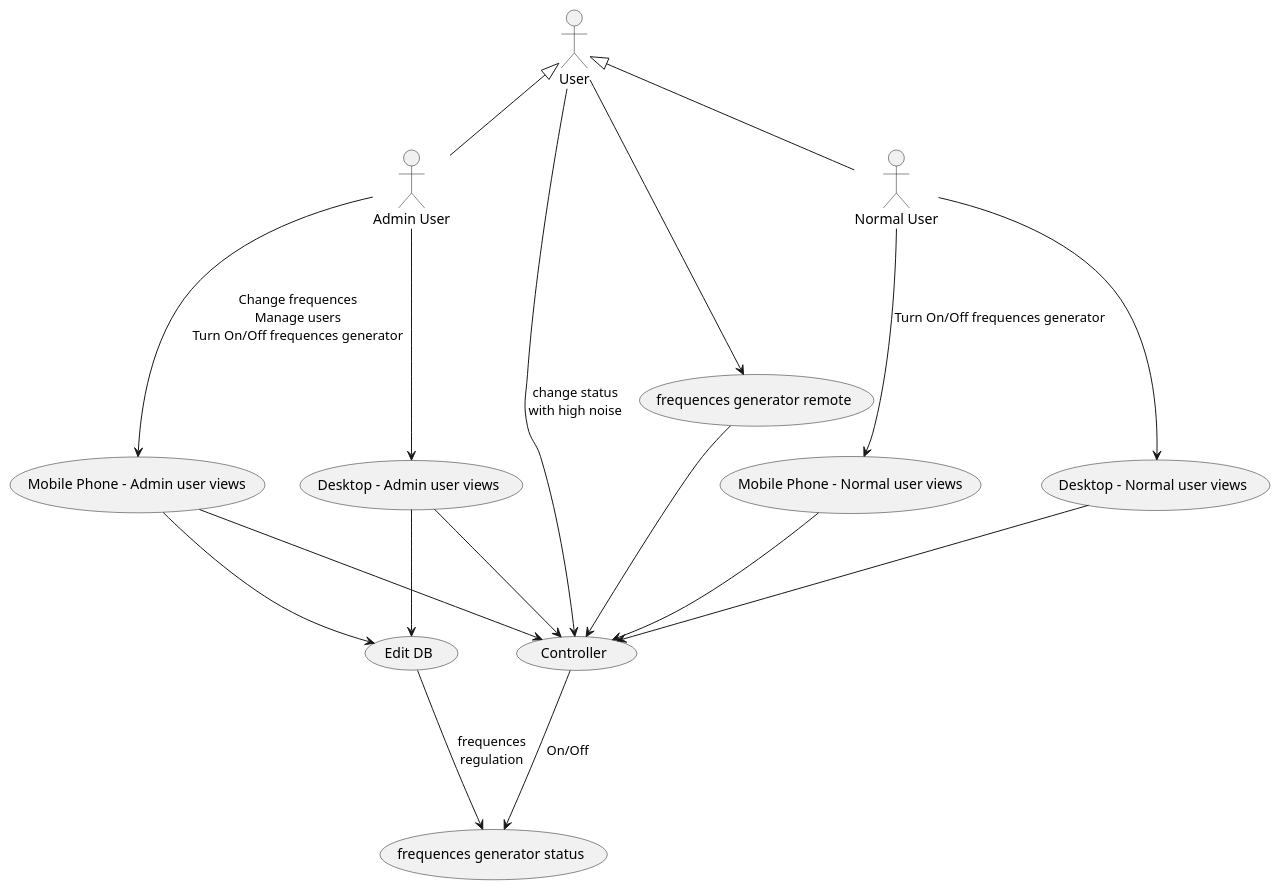
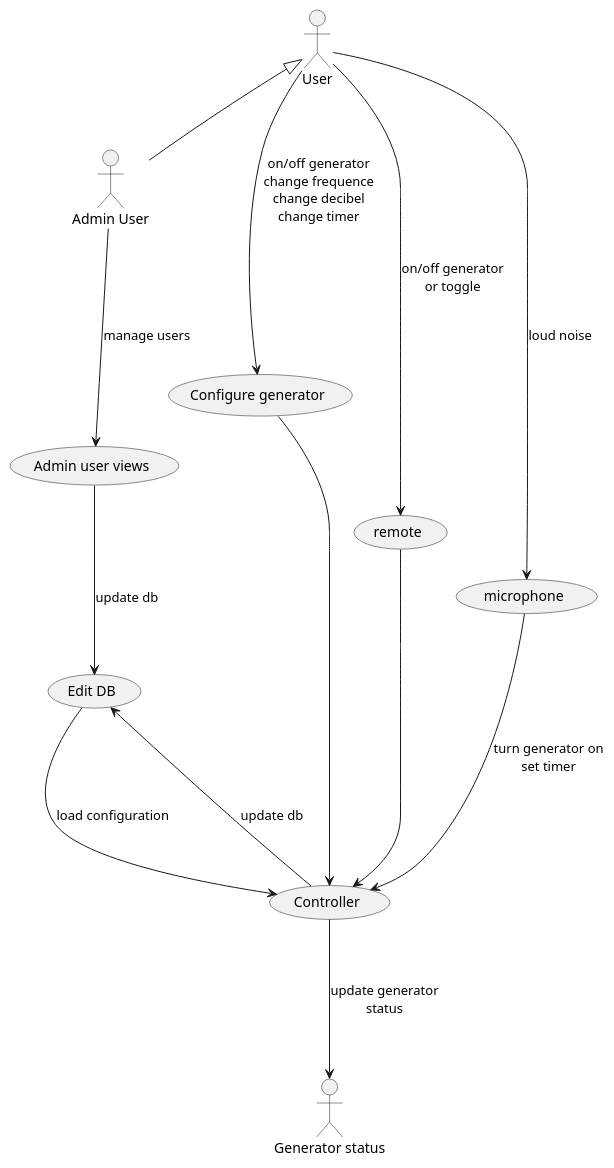
One commit to giuliobosco/freqline changed the diagram in analysis/use_case.puml. Above: the diagram before and after it, drawn with PlantUML. The commit also changed 1 other file, not shown here.

```diff
--- a/analysis/use_case.puml
+++ b/analysis/use_case.puml
@@ -1,38 +1,31 @@
 @startuml
 
 :Admin User: as AdminUser
-:Normal User: as NormalUser
 
 User <|-- AdminUser
-User <|-- NormalUser
 
-(Mobile Phone - Normal user views) as NormalPhone
-(Mobile Phone - Admin user views) as AdminPhone
-(Desktop - Normal user views) as NormalDesktop
-(Desktop - Admin user views) as AdminDesktop
+(Admin user views) as AdminPage
+(Configure generator) as NormalPage
 (Edit DB) as edb
-(Controller) as chstatus
-(frequences generator status) as status
-(frequences generator remote) as remote
+(Controller) as ctrl
+(remote) as remote
+(microphone) as mic
+:Generator status: as status
 
-NormalUser ---> NormalPhone : Turn On/Off frequences generator
-NormalUser ---> NormalDesktop
-AdminUser ---> AdminPhone : Change frequences\nManage users\nTurn On/Off frequences generator
-AdminUser ---> AdminDesktop
+AdminUser ---> AdminPage : manage users
+AdminPage ---> edb : update db
+edb ---> ctrl : load configuration
 
-NormalPhone ---> chstatus
-NormalDesktop ---> chstatus
-AdminPhone ---> chstatus
-AdminDesktop ---> chstatus
-AdminPhone ---> edb
-AdminDesktop ---> edb
+User ---> NormalPage : on/off generator\nchange frequence\nchange decibel\nchange timer
+NormalPage ---> ctrl
 
-chstatus ---> status : On/Off
-edb ---> status : frequences\nregulation
+User ---> mic : loud noise
+mic ---> ctrl : turn generator on\nset timer
 
-User ---> chstatus : change status\nwith high noise
-User ---> remote
+User ---> remote : on/off generator\nor toggle
+remote ---> ctrl
 
-remote ---> chstatus
+ctrl ---> status : update generator\nstatus
+ctrl ---> edb : update db
 
 @enduml
```
